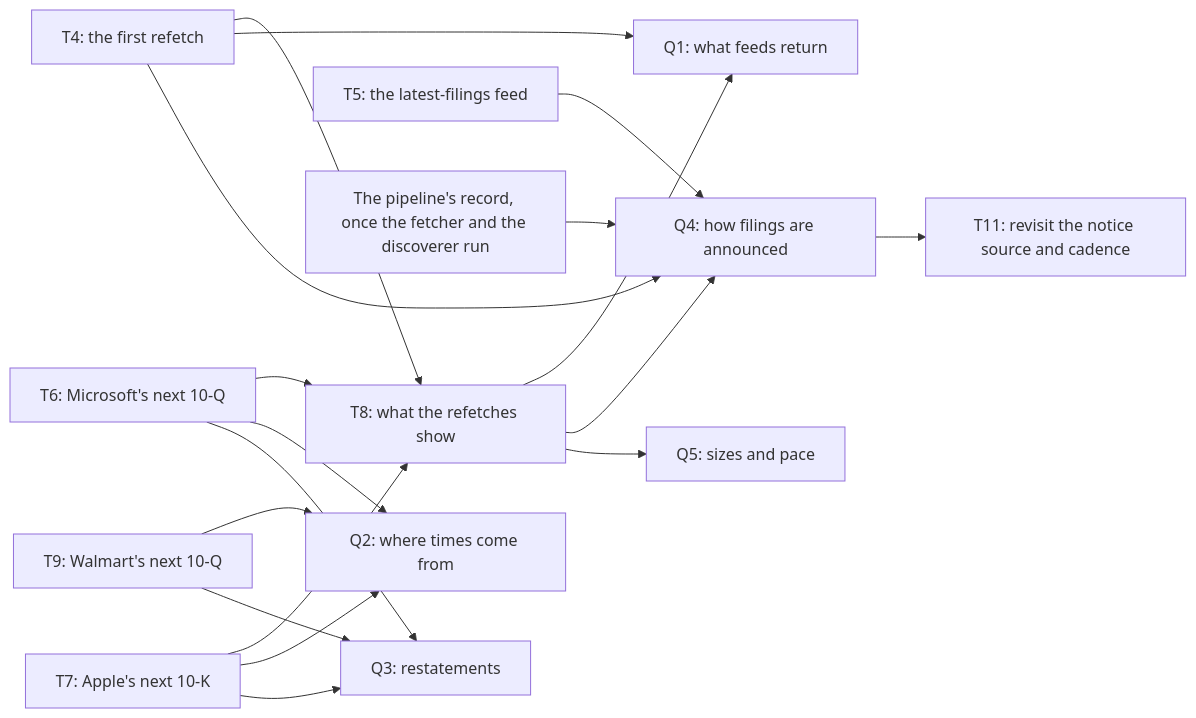
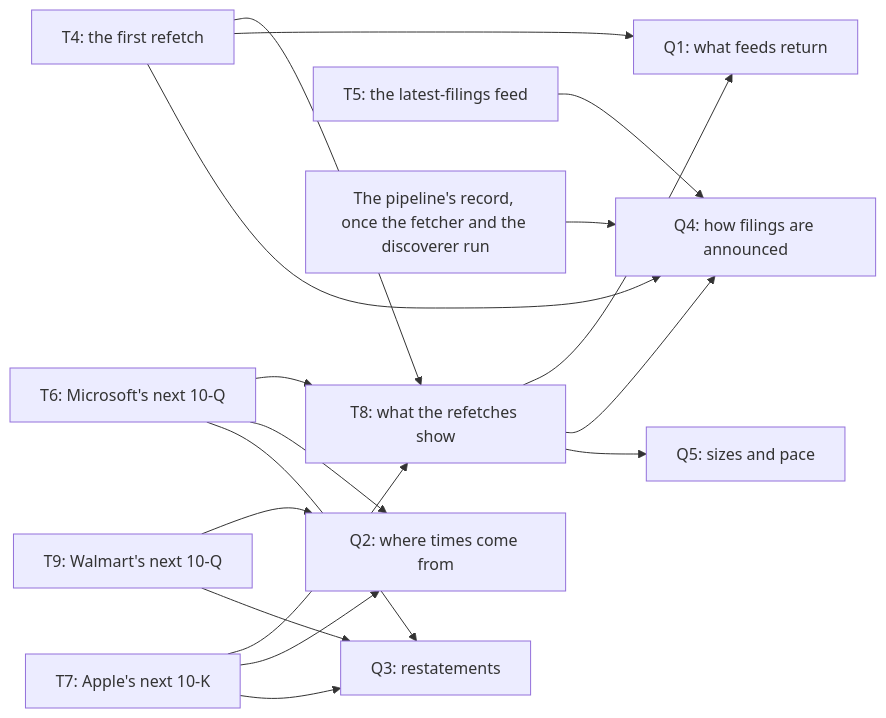
The first of 2 diagrams in docs/explanation/open-questions-and-risks.md (nslaughter/edgar-data-pipeline), drawn with Mermaid before and after one commit. The commit also changed other lines of this file and 22 other files, not shown here.

````diff
--- a/docs/explanation/open-questions-and-risks.md
+++ b/docs/explanation/open-questions-and-risks.md
@@ -48,19 +48,18 @@
 ```mermaid
 flowchart LR
     T4["T4: the first refetch"] --> T8["T8: what the refetches show"]
     T6["T6: Microsoft's next 10-Q"] --> T8
     T7["T7: Apple's next 10-K"] --> T8
     T9["T9: Walmart's next 10-Q"]
     T5["T5: the latest-filings feed"]
     R["The pipeline's record, once the fetcher and the discoverer run"]
     T4 --> Q1["Q1: what feeds return"]
     T8 --> Q1
     T4 --> Q4["Q4: how filings are announced"]
     T5 --> Q4
     T8 --> Q4
     R --> Q4
     T8 --> Q5["Q5: sizes and pace"]
     T6 & T7 & T9 --> Q2["Q2: where times come from"]
     T6 & T7 & T9 --> Q3["Q3: restatements"]
-    Q4 --> T11["T11: revisit the notice source and cadence"]
 ```
````
